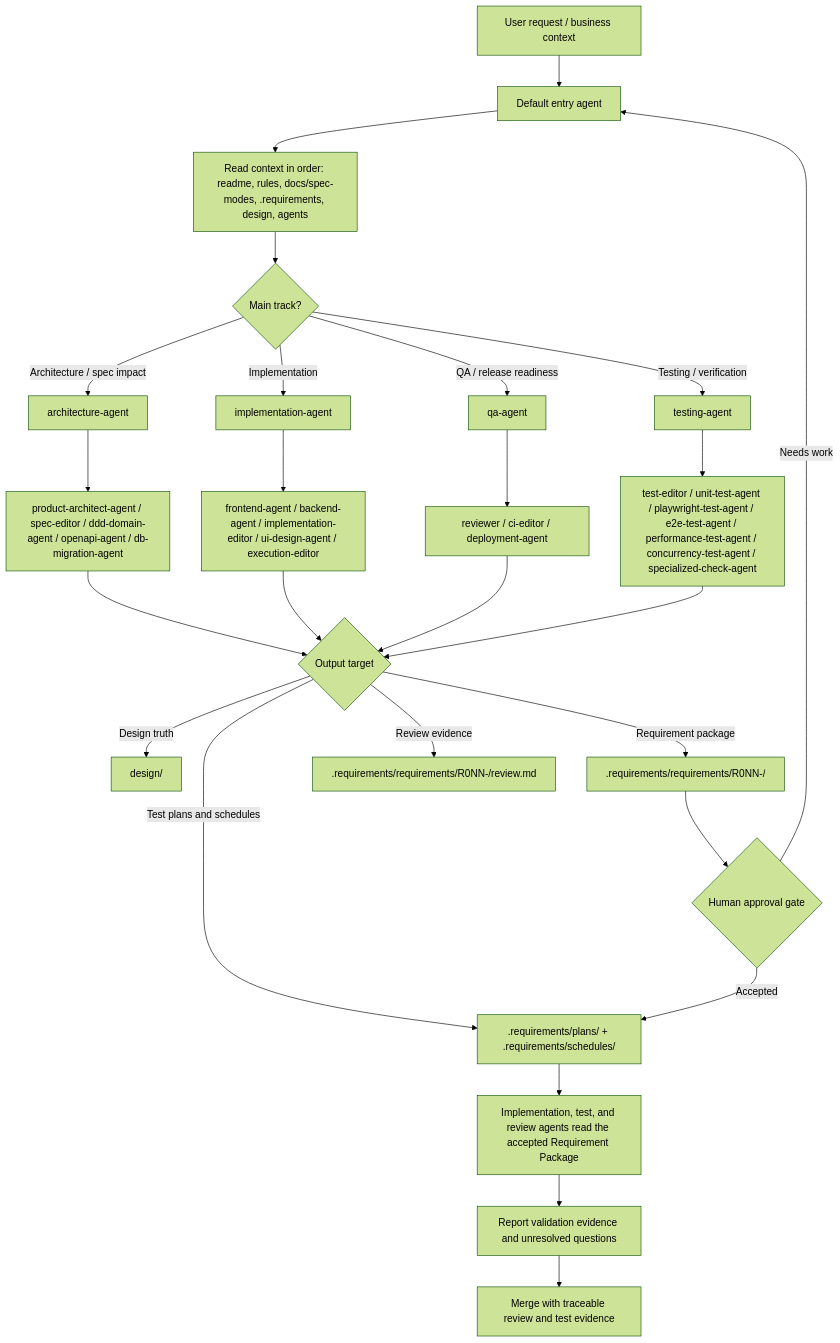
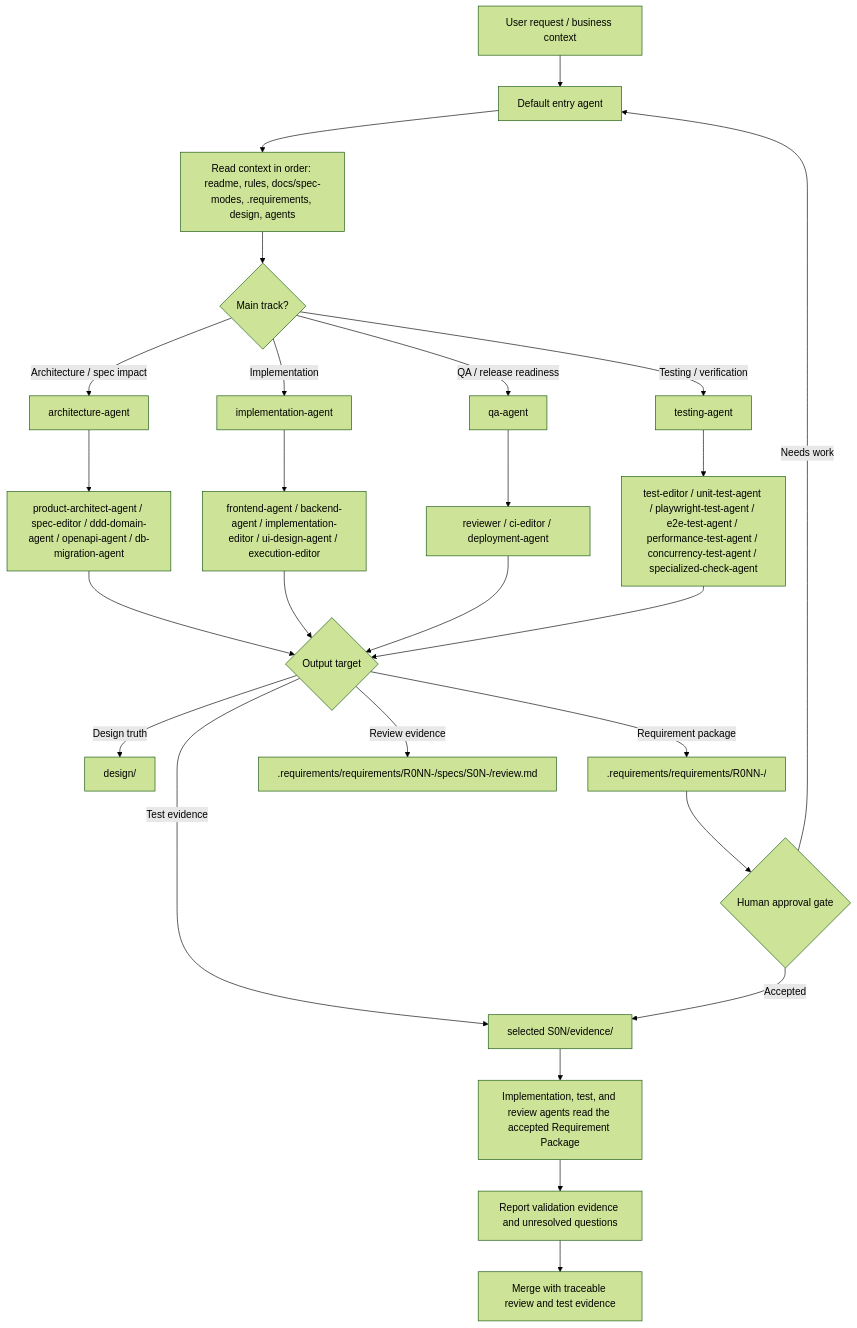
One commit to liquiid727/SpecOps-Web-Console changed the first of 2 diagrams in .agents/README.md. Above: the diagram before and after it, drawn with Mermaid (forest theme). The commit also changed other lines of this file and 139 other files, not shown here.

````diff
--- a/.agents/README.md
+++ b/.agents/README.md
@@ -158,33 +153,33 @@
 ```mermaid
 flowchart TD
   A["User request / business context"] --> B["Default entry agent"]
   B --> C["Read context in order: readme, rules, docs/spec-modes, .requirements, design, agents"]
   C --> D{"Main track?"}
 
   D -->|Architecture / spec impact| E["architecture-agent"]
   D -->|Implementation| F["implementation-agent"]
   D -->|Testing / verification| H["testing-agent"]
   D -->|QA / release readiness| G["qa-agent"]
 
   E --> E1["product-architect-agent / spec-editor / ddd-domain-agent / openapi-agent / db-migration-agent"]
   F --> F1["frontend-agent / backend-agent / implementation-editor / ui-design-agent / execution-editor"]
   H --> H1["test-editor / unit-test-agent / playwright-test-agent / e2e-test-agent / performance-test-agent / concurrency-test-agent / specialized-check-agent"]
   G --> G1["reviewer / ci-editor / deployment-agent"]
 
   E1 --> Q{"Output target"}
   F1 --> Q
   G1 --> Q
   H1 --> Q
 
   Q -->|Design truth| R["design/"]
   Q -->|Requirement package| S[".requirements/requirements/R0NN-<slug>/"]
-  Q -->|Test plans and schedules| T[".requirements/plans/ + .requirements/schedules/"]
-  Q -->|Review evidence| U[".requirements/requirements/R0NN-<slug>/review.md"]
+  Q -->|Test evidence| T["selected S0N/evidence/"]
+  Q -->|Review evidence| U[".requirements/requirements/R0NN-<slug>/specs/S0N-<slug>/review.md"]
 
   S --> W{"Human approval gate"}
   W -->|Accepted| T
   W -->|Needs work| B
   T --> X["Implementation, test, and review agents read the accepted Requirement Package"]
   X --> Y["Report validation evidence and unresolved questions"]
   Y --> Z["Merge with traceable review and test evidence"]
 ```
````
